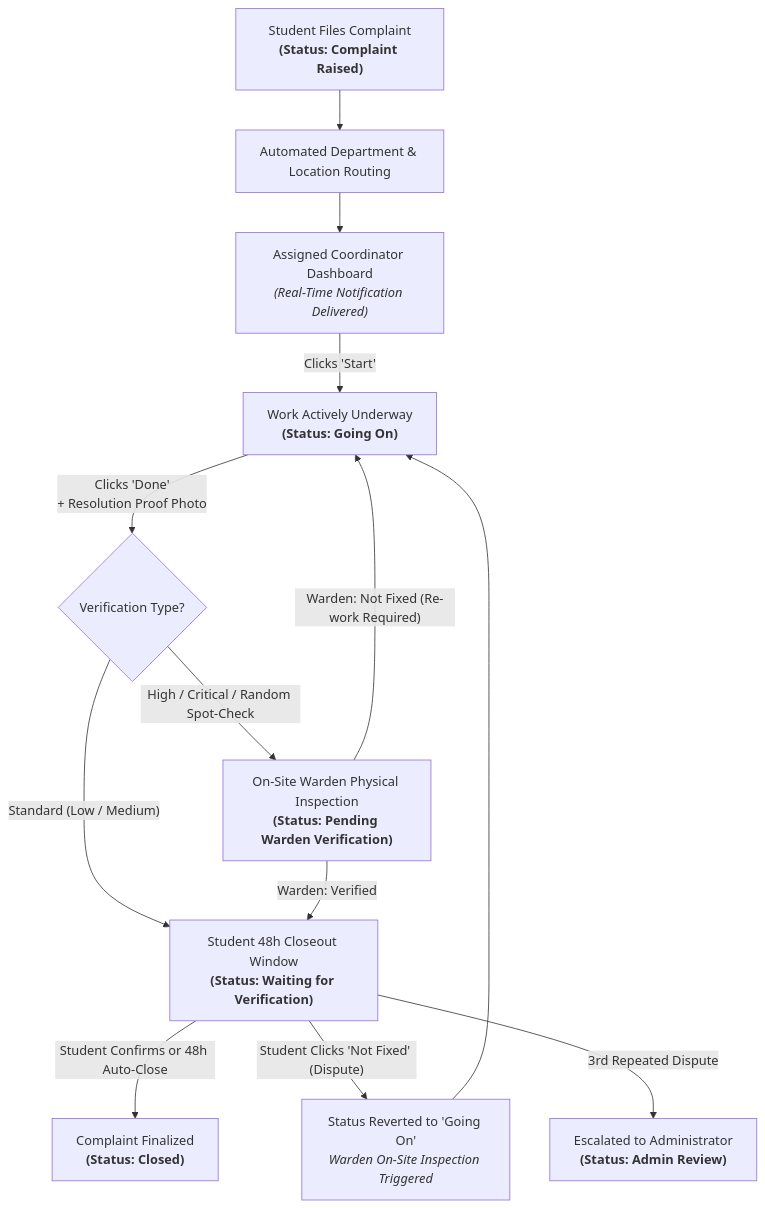
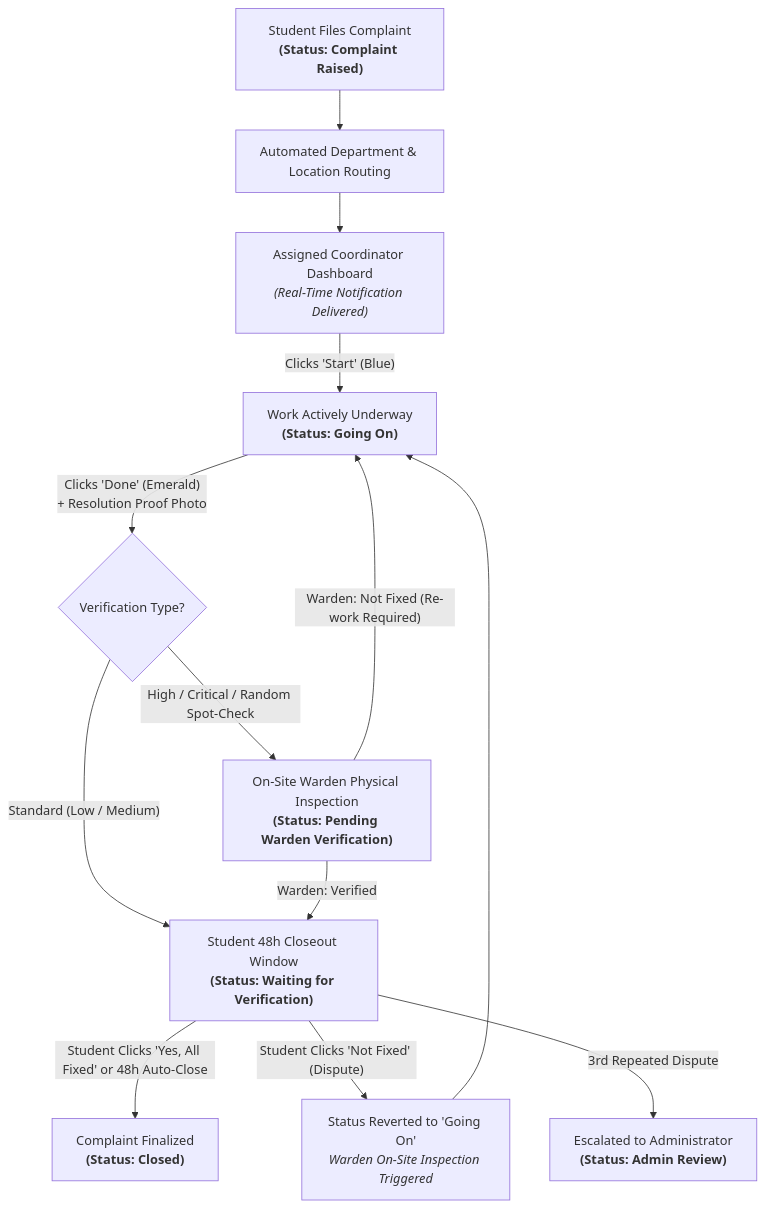
Before and after one commit to gowthame23/campus_pulse: the second of 2 diagrams in README.md, drawn with Mermaid. The commit also changed other lines of this file and 19 other files, not shown here.

````diff
--- a/README.md
+++ b/README.md
@@ -24,19 +77,19 @@
 ```mermaid
 flowchart TD
     A["Student Files Complaint<br/><b>(Status: Complaint Raised)</b>"] --> B["Automated Department & Location Routing"]
     B --> C["Assigned Coordinator Dashboard<br/><i>(Real-Time Notification Delivered)</i>"]
     
-    C -->|"Clicks 'Start'"| D["Work Actively Underway<br/><b>(Status: Going On)</b>"]
+    C -->|"Clicks 'Start' (Blue)"| D["Work Actively Underway<br/><b>(Status: Going On)</b>"]
     
-    D -->|"Clicks 'Done'<br/>+ Resolution Proof Photo"| E{"Verification Type?"}
+    D -->|"Clicks 'Done' (Emerald)<br/>+ Resolution Proof Photo"| E{"Verification Type?"}
     
     E -- "Standard (Low / Medium)" --> F["Student 48h Closeout Window<br/><b>(Status: Waiting for Verification)</b>"]
     E -- "High / Critical / Random Spot-Check" --> G["On-Site Warden Physical Inspection<br/><b>(Status: Pending Warden Verification)</b>"]
     
     G -- "Warden: Not Fixed (Re-work Required)" --> D
     G -- "Warden: Verified" --> F
     
-    F -->|"Student Confirms or 48h Auto-Close"| H["Complaint Finalized<br/><b>(Status: Closed)</b>"]
+    F -->|"Student Clicks 'Yes, All Fixed' or 48h Auto-Close"| H["Complaint Finalized<br/><b>(Status: Closed)</b>"]
     F -->|"Student Clicks 'Not Fixed' (Dispute)"| I["Status Reverted to 'Going On'<br/><i>Warden On-Site Inspection Triggered</i>"] --> D
     F -->|"3rd Repeated Dispute"| J["Escalated to Administrator<br/><b>(Status: Admin Review)</b>"]
 ```
````
